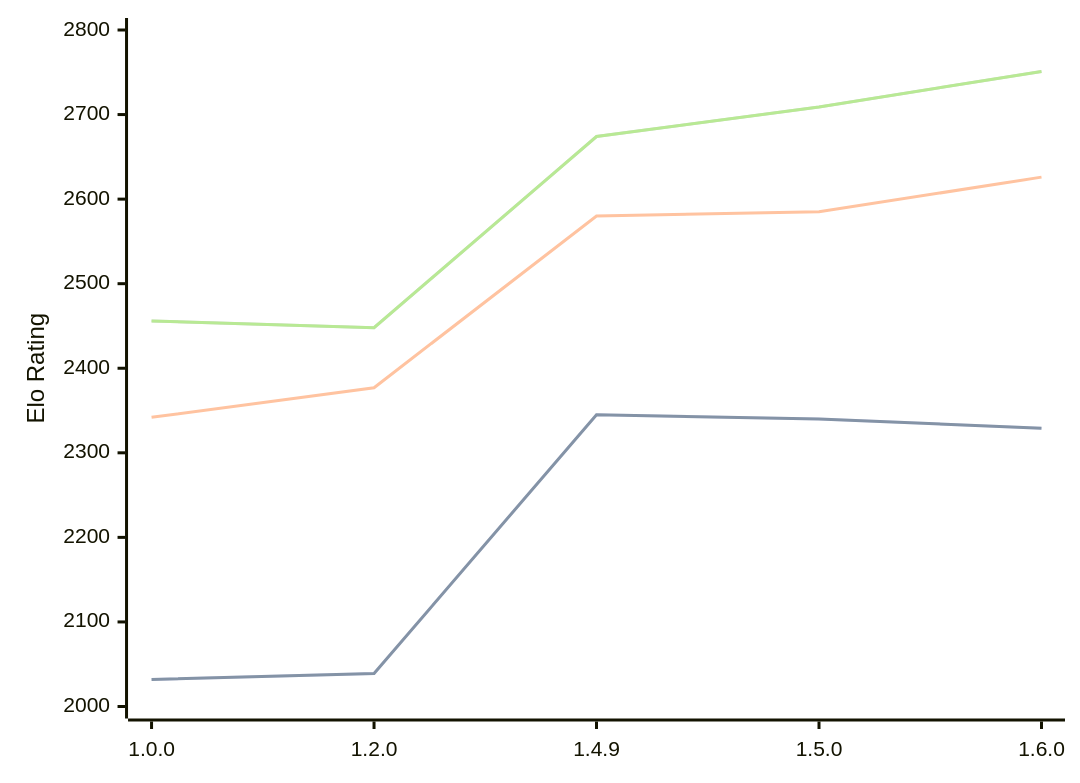
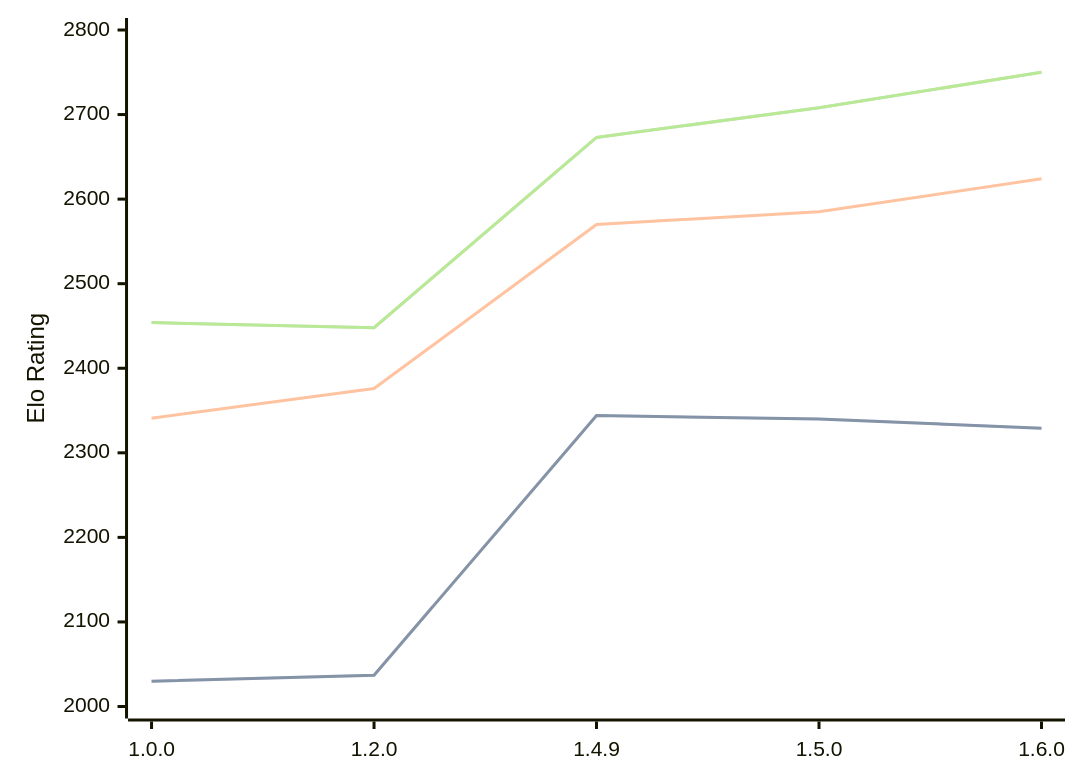
One commit to computer-chess-index/cci changed the first of 3 diagrams in engines/Basilisk.md. Above: the diagram before and after it, drawn with Mermaid. The commit also changed other lines of this file, not shown here.

Commit message:
Update CCI Ratings (ELO VLTC) - 2026-06-26

````diff
--- a/engines/Basilisk.md
+++ b/engines/Basilisk.md
@@ -49,11 +49,11 @@
 ```mermaid
 %%{init: {"theme":"base","themeVariables":{"seriesColors:['#a3a3a3','#222221','#faa371']}}}%%
 xychart-beta
   x-axis ["1.0.0", "1.2.0", "1.4.9", "1.5.0", "1.6.0"]
   y-axis "Elo Rating" 2000 --> 2800
-  line "STC (8.0+0.08s)" [2032, 2039, 2345, 2340, 2329]
-  line "STC (8.0+0.08s)" [2032, 2039, 2345, 2340, 2329]
-  line "LTC (60.0+0.60s)" [2342, 2377, 2580, 2585, 2626]
-  line "VLTC (2m24s+1.12s)" [2456, 2448, 2674, 2709, 2751]
-  line "VLTC (2m24s+1.12s)" [2456, 2448, 2674, 2709, 2751]
+  line "STC (8.0+0.08s)" [2030, 2037, 2344, 2340, 2329]
+  line "STC (8.0+0.08s)" [2030, 2037, 2344, 2340, 2329]
+  line "LTC (60.0+0.60s)" [2341, 2376, 2570, 2585, 2624]
+  line "VLTC (2m24s+1.12s)" [2454, 2448, 2673, 2708, 2750]
+  line "VLTC (2m24s+1.12s)" [2454, 2448, 2673, 2708, 2750]
 ```
````
